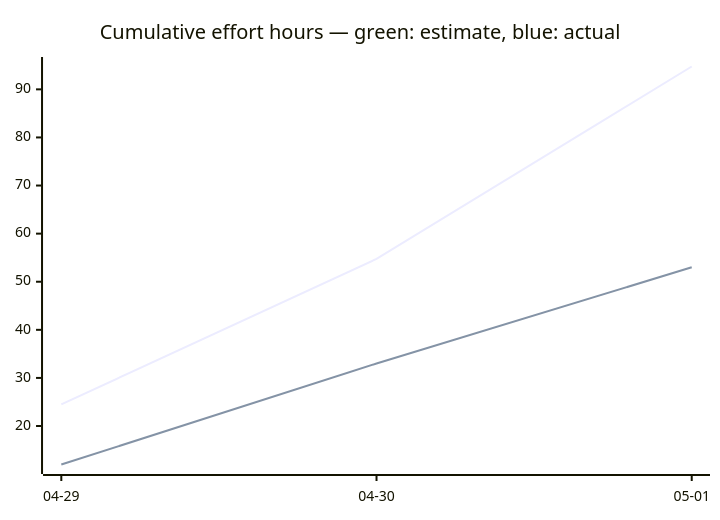
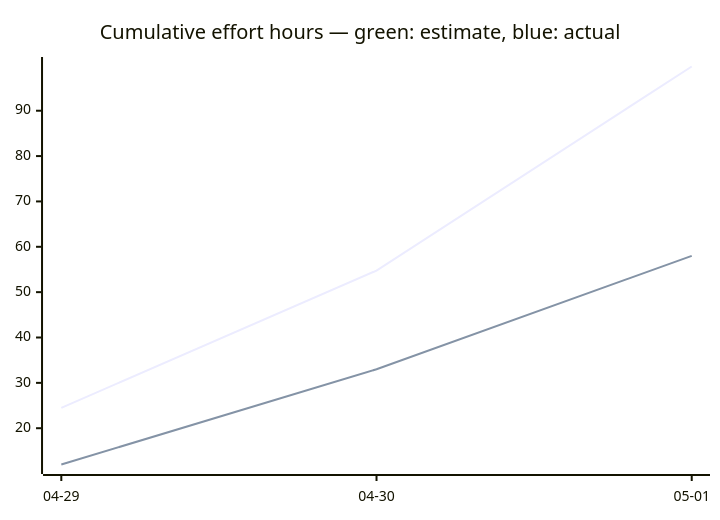
One commit to tgd1975/AwesomeStudioPedal changed the third of 3 diagrams in docs/developers/tasks/OVERVIEW.md. Above: the diagram before and after it, drawn with Mermaid. The commit also changed other lines of this file and 4 other files, not shown here.

````diff
--- a/docs/developers/tasks/OVERVIEW.md
+++ b/docs/developers/tasks/OVERVIEW.md
@@ -40,7 +40,7 @@
 ```mermaid
 xychart-beta
     title "Cumulative effort hours — green: estimate, blue: actual"
     x-axis ["04-29", "04-30", "05-01"]
-    line [24.5, 54.75, 94.75]
-    line [12, 33, 53]
+    line [24.5, 54.75, 99.75]
+    line [12, 33, 58]
 ```
````
